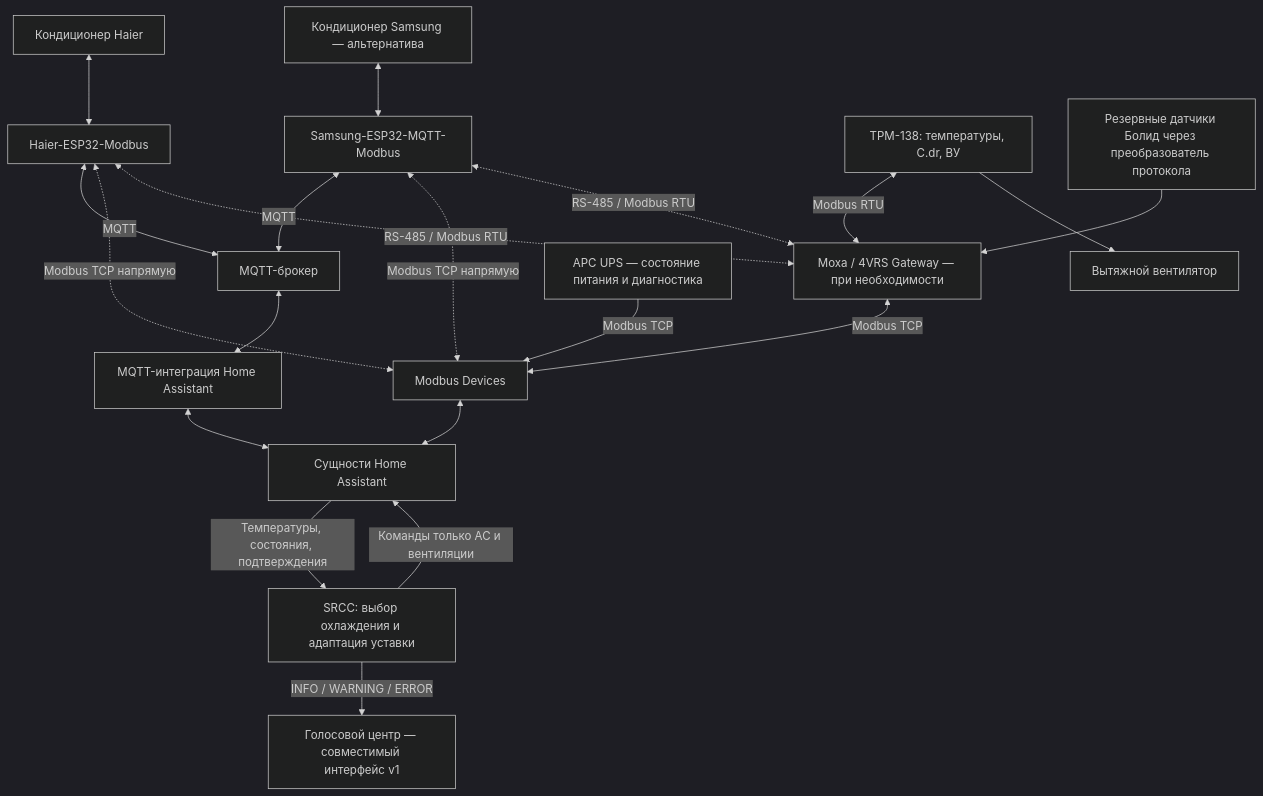
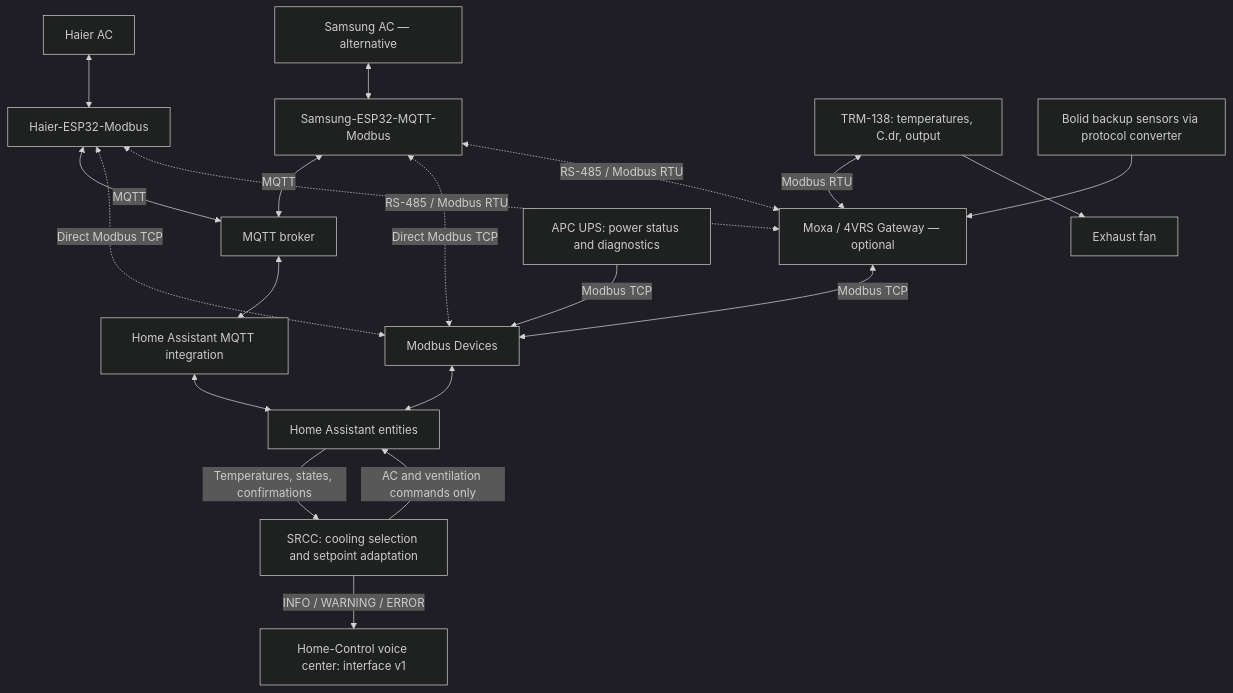
Before and after one commit to dk-1983/SRCC: the diagram in README.md, drawn with Mermaid (dark theme). The commit also changed other lines of this file and 25 other files, not shown here.

````diff
--- a/README.md
+++ b/README.md
@@ -68,22 +56,22 @@
 ```mermaid
 flowchart TB
-    H["Кондиционер Haier"] <--> HB["Haier-ESP32-Modbus"]
-    S["Кондиционер Samsung — альтернатива"] <--> SB["Samsung-ESP32-MQTT-Modbus"]
-    HB <-->|MQTT| B["MQTT-брокер"]
+    H["Haier AC"] <--> HB["Haier-ESP32-Modbus"]
+    S["Samsung AC — alternative"] <--> SB["Samsung-ESP32-MQTT-Modbus"]
+    HB <-->|MQTT| B["MQTT broker"]
     SB <-->|MQTT| B
-    B <--> MQ["MQTT-интеграция Home Assistant"]
-    HB <-.->|"Modbus TCP напрямую"| MD["Modbus Devices"]
-    SB <-.->|"Modbus TCP напрямую"| MD
-    HB <-.->|"RS-485 / Modbus RTU"| GW["Moxa / 4VRS Gateway — при необходимости"]
+    B <--> MQ["Home Assistant MQTT integration"]
+    HB <-.->|"Direct Modbus TCP"| MD["Modbus Devices"]
+    SB <-.->|"Direct Modbus TCP"| MD
+    HB <-.->|"RS-485 / Modbus RTU"| GW["Moxa / 4VRS Gateway — optional"]
     SB <-.->|"RS-485 / Modbus RTU"| GW
-    TRM["ТРМ-138: температуры, C.dr, ВУ"] <-->|"Modbus RTU"| GW
-    TRM --> FAN["Вытяжной вентилятор"]
-    BL["Резервные датчики Болид через преобразователь протокола"] --> GW
+    TRM["TRM-138: temperatures, C.dr, output"] <-->|"Modbus RTU"| GW
+    TRM --> FAN["Exhaust fan"]
+    BL["Bolid backup sensors via protocol converter"] --> GW
     GW <-->|"Modbus TCP"| MD
-    UPS["APC UPS — состояние питания и диагностика"] -->|"Modbus TCP"| MD
-    MD <--> ENT["Сущности Home Assistant"]
+    UPS["APC UPS: power status and diagnostics"] -->|"Modbus TCP"| MD
+    MD <--> ENT["Home Assistant entities"]
     MQ <--> ENT
-    ENT -->|"Температуры, состояния, подтверждения"| SRCC["SRCC: выбор охлаждения и адаптация уставки"]
-    SRCC -->|"Команды только AC и вентиляции"| ENT
-    SRCC -->|"INFO / WARNING / ERROR"| VOICE["Голосовой центр — совместимый интерфейс v1"]
+    ENT -->|"Temperatures, states, confirmations"| SRCC["SRCC: cooling selection and setpoint adaptation"]
+    SRCC -->|"AC and ventilation commands only"| ENT
+    SRCC -->|"INFO / WARNING / ERROR"| VOICE["Home-Control voice center: interface v1"]
 ```
````
